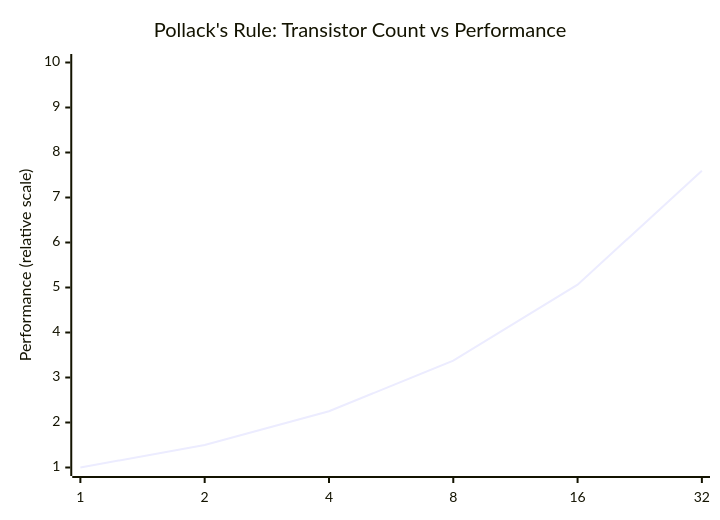
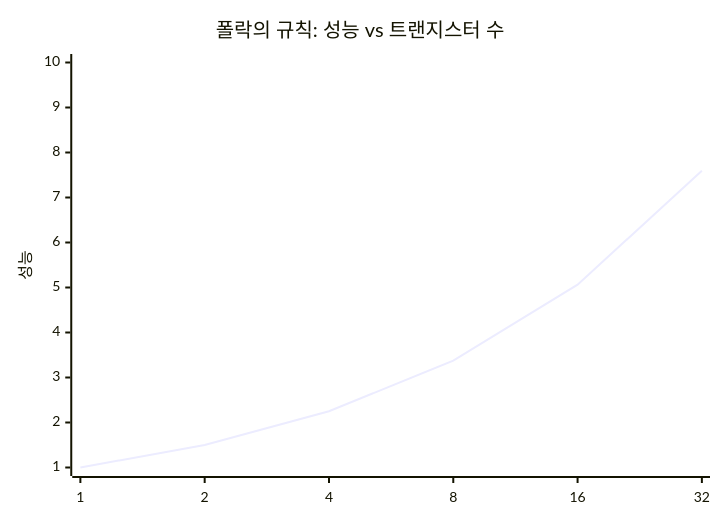
One commit to gracefullight/gracefullight.github.io changed the diagram in blog/pe/architecture/pollack-s-rule.md. Above: the diagram before and after it, drawn with Mermaid.

Commit message:
docs: 📚️ pollack

````diff
--- a/blog/pe/architecture/pollack-s-rule.md
+++ b/blog/pe/architecture/pollack-s-rule.md
@@ -20,7 +20,7 @@
 ```mermaid
 xychart-beta
-    title "Pollack's Rule: Transistor Count vs Performance"
+    title "폴락의 규칙: 성능 vs 트랜지스터 수"
     x-axis [1, 2, 4, 8, 16, 32]
-    y-axis "Performance (relative scale)" 1 --> 10
+    y-axis "성능" 1 --> 10
     line [1, 1.5, 2.25, 3.375, 5.0625, 7.59375]
 ```
````
